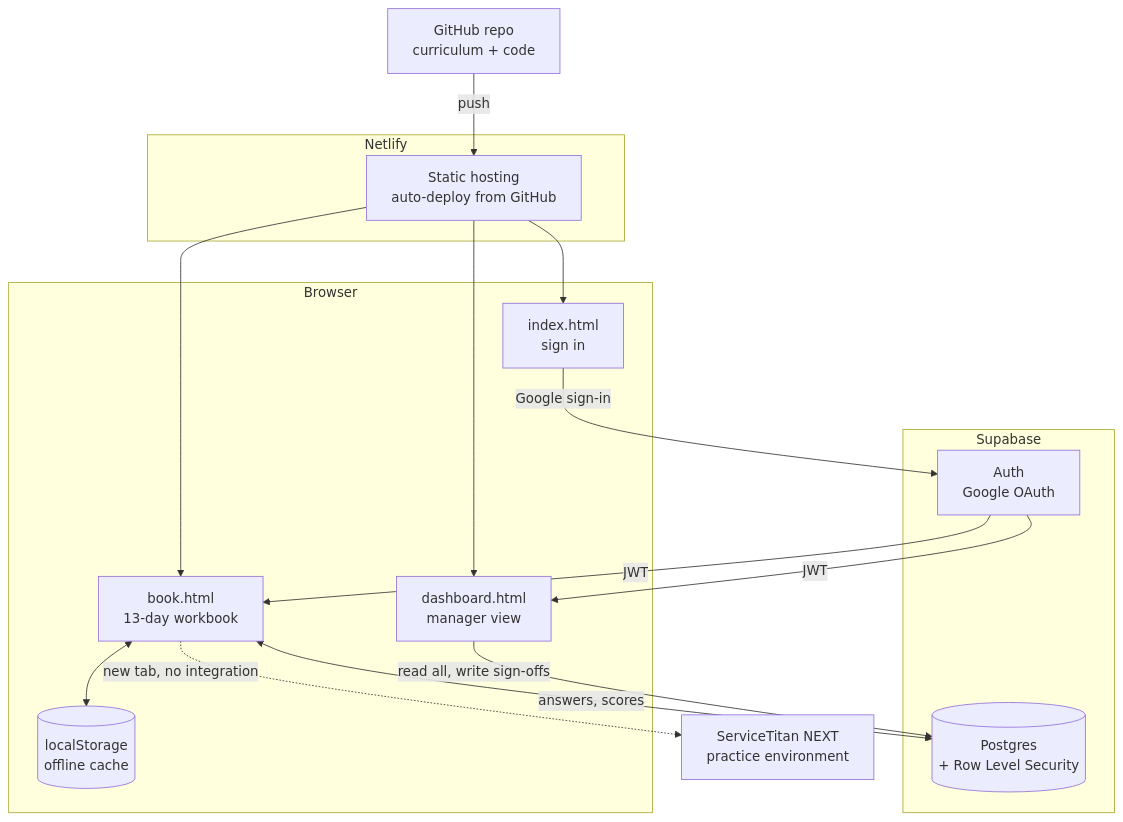
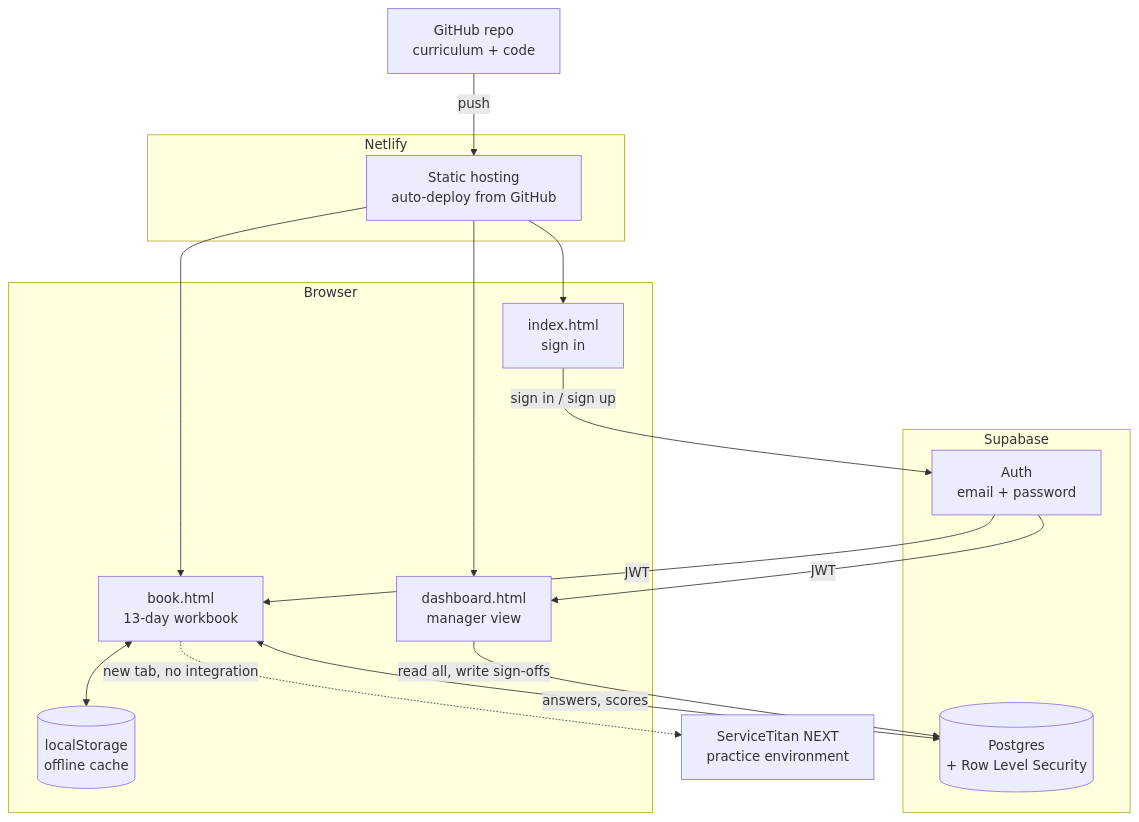
The diagram in docs/PRD.md (lnervegna-prog/csr-academy), drawn with Mermaid before and after one commit. The commit also changed other lines of this file and 4 other files, not shown here.

First line of the commit message:
Switch auth to self-service email signup, drop Google SSO

````diff
--- a/docs/PRD.md
+++ b/docs/PRD.md
@@ -89,27 +89,27 @@
 ```mermaid
 flowchart TB
   subgraph Browser
     L[index.html<br/>sign in]
     B[book.html<br/>13-day workbook]
     D[dashboard.html<br/>manager view]
     LS[(localStorage<br/>offline cache)]
   end
   subgraph Netlify
     S[Static hosting<br/>auto-deploy from GitHub]
   end
   subgraph Supabase
-    A[Auth<br/>Google OAuth]
+    A[Auth<br/>email + password]
     P[(Postgres<br/>+ Row Level Security)]
   end
   G[GitHub repo<br/>curriculum + code]
   T[ServiceTitan NEXT<br/>practice environment]
 
   G -->|push| S
   S --> L & B & D
-  L -->|Google sign-in| A
+  L -->|sign in / sign up| A
   A -->|JWT| B & D
   B <-->|answers, scores| P
   D -->|read all, write sign-offs| P
   B <--> LS
   B -.->|new tab, no integration| T
 ```
````
